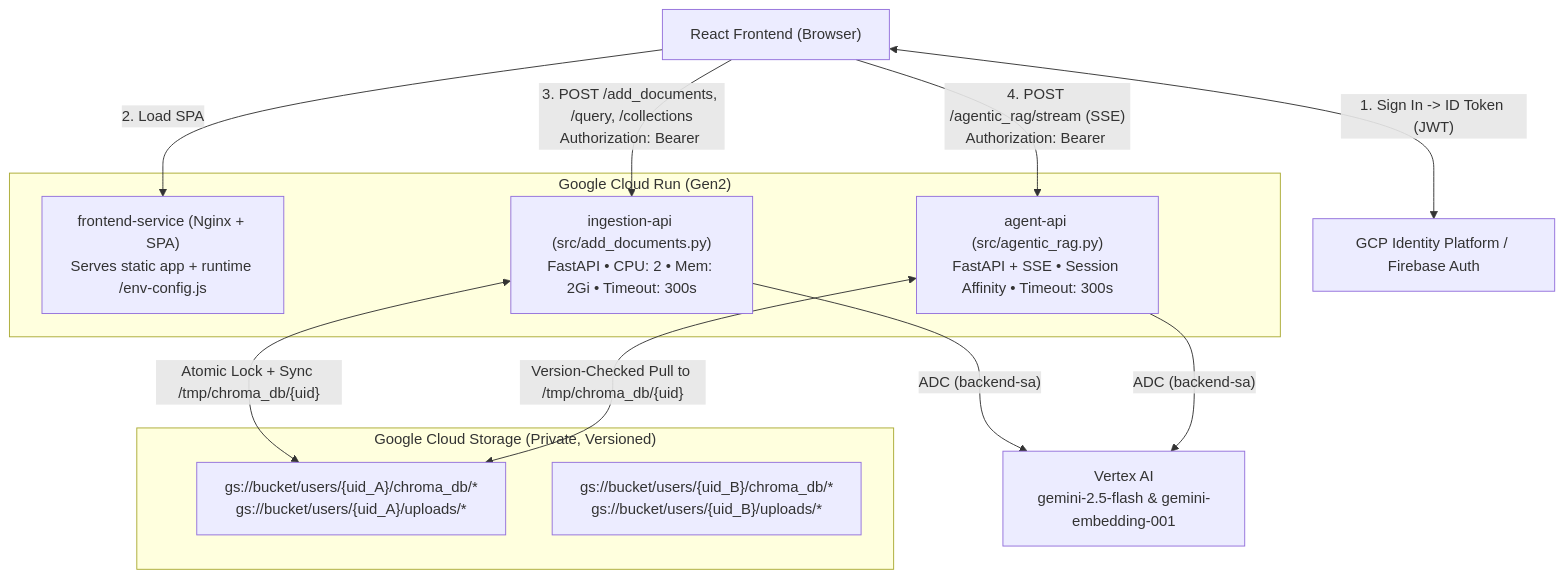
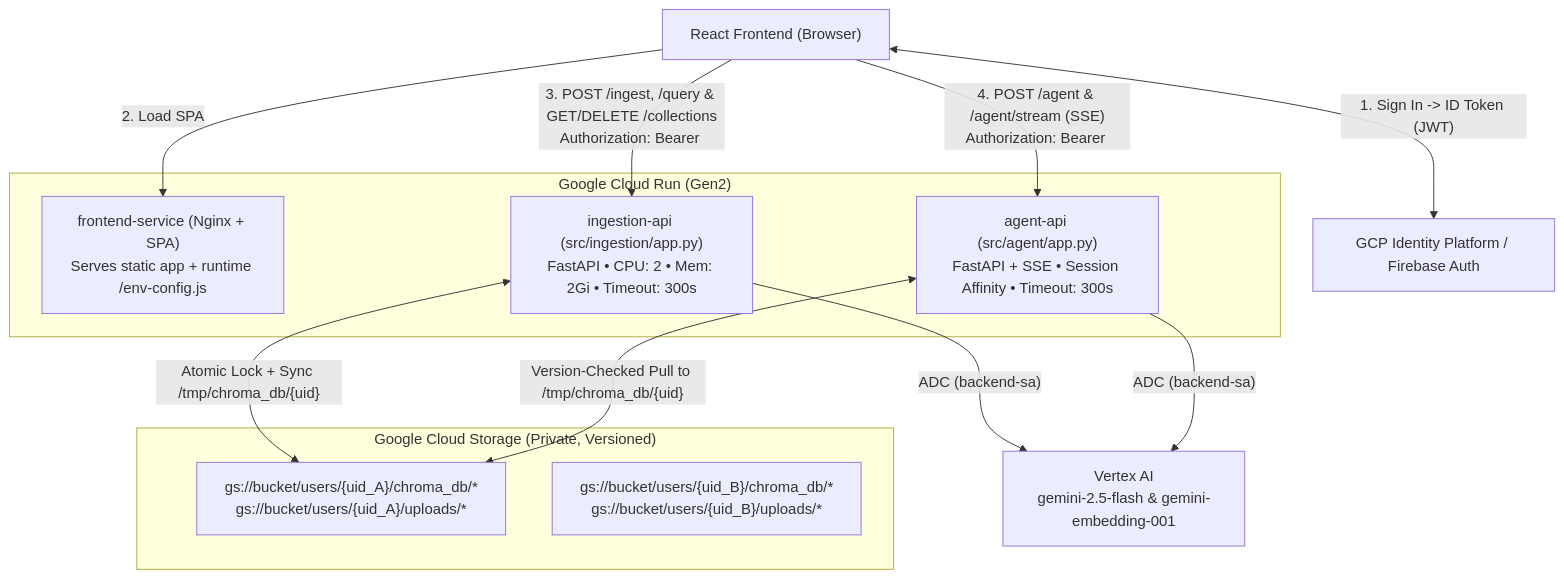
The diagram in docs/GCP_DEPLOYMENT_PLAN.md (maggiemhanna/interactive_rag), drawn with Mermaid before and after one commit. The commit also changed other lines of this file and 3 other files, not shown here.

Commit message:
docs: align architecture and compliance plans with modular src/ hierarchy

````diff
--- a/docs/GCP_DEPLOYMENT_PLAN.md
+++ b/docs/GCP_DEPLOYMENT_PLAN.md
@@ -9,28 +9,28 @@
 ```mermaid
 flowchart TB
     Browser["React Frontend (Browser)"]
     Auth["GCP Identity Platform / Firebase Auth"]
 
     subgraph CloudRun["Google Cloud Run (Gen2)"]
         FE["frontend-service (Nginx + SPA)\nServes static app + runtime /env-config.js"]
-        Ingest["ingestion-api (src/add_documents.py)\nFastAPI • CPU: 2 • Mem: 2Gi • Timeout: 300s"]
-        Agent["agent-api (src/agentic_rag.py)\nFastAPI + SSE • Session Affinity • Timeout: 300s"]
+        Ingest["ingestion-api (src/ingestion/app.py)\nFastAPI • CPU: 2 • Mem: 2Gi • Timeout: 300s"]
+        Agent["agent-api (src/agent/app.py)\nFastAPI + SSE • Session Affinity • Timeout: 300s"]
     end
 
     subgraph GCPStorage["Google Cloud Storage (Private, Versioned)"]
         UserA["gs://bucket/users/{uid_A}/chroma_db/*\ngs://bucket/users/{uid_A}/uploads/*"]
         UserB["gs://bucket/users/{uid_B}/chroma_db/*\ngs://bucket/users/{uid_B}/uploads/*"]
     end
 
     Vertex["Vertex AI\ngemini-2.5-flash & gemini-embedding-001"]
 
     Browser <-->|"1. Sign In -> ID Token (JWT)"| Auth
     Browser -->|"2. Load SPA"| FE
-    Browser -->|"3. POST /add_documents, /query, /collections\nAuthorization: Bearer <JWT>"| Ingest
-    Browser -->|"4. POST /agentic_rag/stream (SSE)\nAuthorization: Bearer <JWT>"| Agent
+    Browser -->|"3. POST /ingest, /query & GET/DELETE /collections\nAuthorization: Bearer <JWT>"| Ingest
+    Browser -->|"4. POST /agent & /agent/stream (SSE)\nAuthorization: Bearer <JWT>"| Agent
 
     Ingest <-->|"Atomic Lock + Sync /tmp/chroma_db/{uid}"| UserA
     Agent <-->|"Version-Checked Pull to /tmp/chroma_db/{uid}"| UserA
     Ingest -->|"ADC (backend-sa)"| Vertex
     Agent -->|"ADC (backend-sa)"| Vertex
 ```
````
